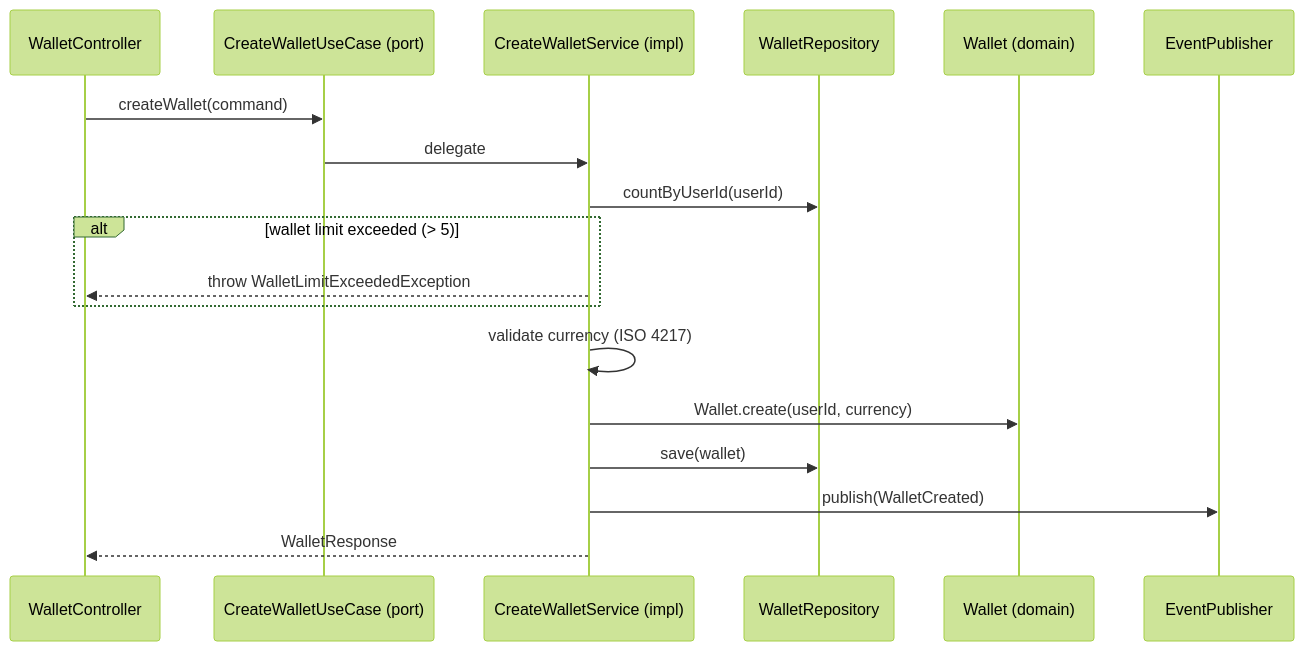
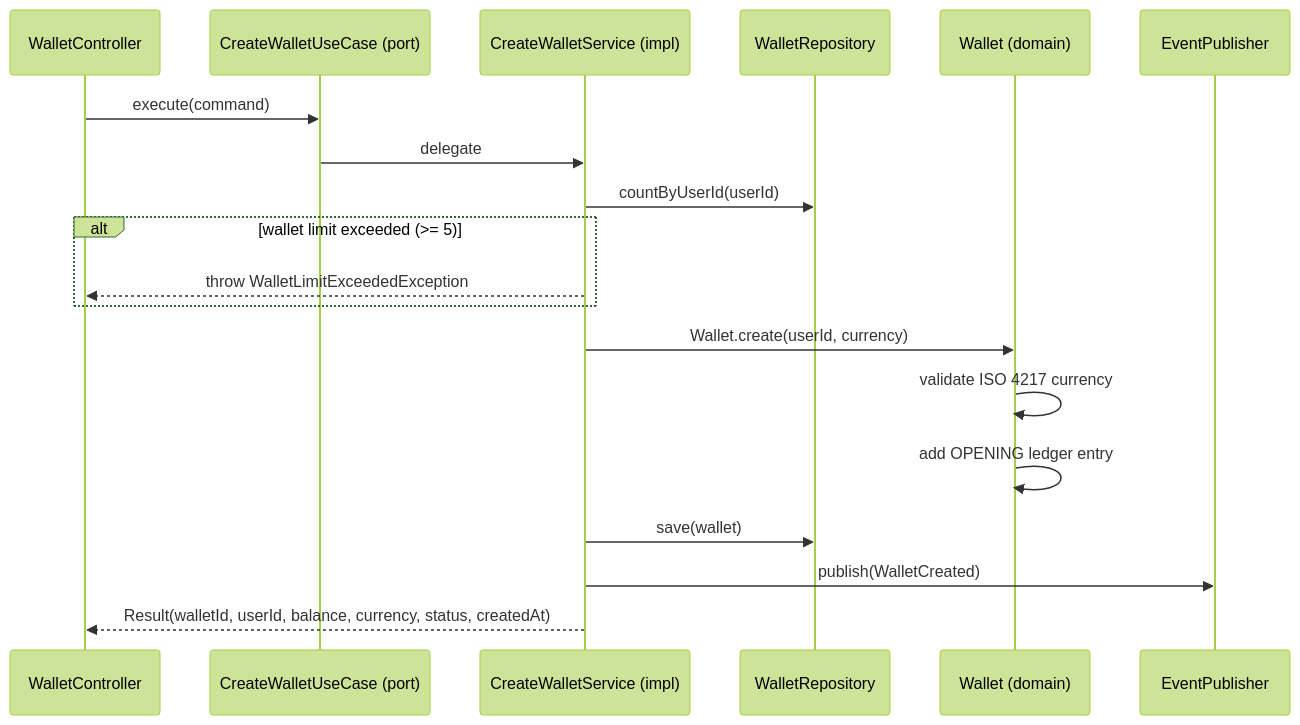
The diagram in docs/obsidian/04 - Ports/inbound/CreateWalletUseCase.md (AlexAlvarezGallardo-GitHub/Aegis), drawn with Mermaid (forest theme) before and after one commit. The commit also changed other lines of this file and 87 other files, not shown here.

````diff
--- a/docs/obsidian/04 - Ports/inbound/CreateWalletUseCase.md
+++ b/docs/obsidian/04 - Ports/inbound/CreateWalletUseCase.md
@@ -14,21 +14,22 @@
 ```mermaid
 sequenceDiagram
     participant Ctrl as WalletController
     participant Port as CreateWalletUseCase (port)
     participant Svc as CreateWalletService (impl)
     participant Repo as WalletRepository
     participant Wallet as Wallet (domain)
     participant Event as EventPublisher
 
-    Ctrl->>Port: createWallet(command)
+    Ctrl->>Port: execute(command)
     Port->>Svc: delegate
     Svc->>Repo: countByUserId(userId)
-    alt wallet limit exceeded (> 5)
+    alt wallet limit exceeded (>= 5)
         Svc-->>Ctrl: throw WalletLimitExceededException
     end
-    Svc->>Svc: validate currency (ISO 4217)
     Svc->>Wallet: Wallet.create(userId, currency)
+    Wallet->>Wallet: validate ISO 4217 currency
+    Wallet->>Wallet: add OPENING ledger entry
     Svc->>Repo: save(wallet)
     Svc->>Event: publish(WalletCreated)
-    Svc-->>Ctrl: WalletResponse
+    Svc-->>Ctrl: Result(walletId, userId, balance, currency, status, createdAt)
 ```
````
